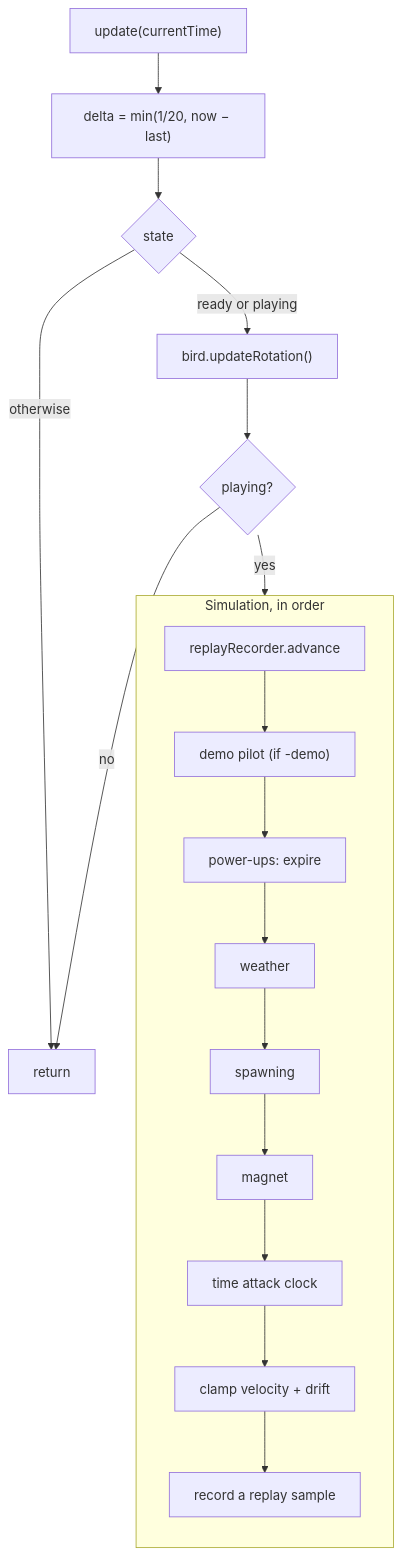
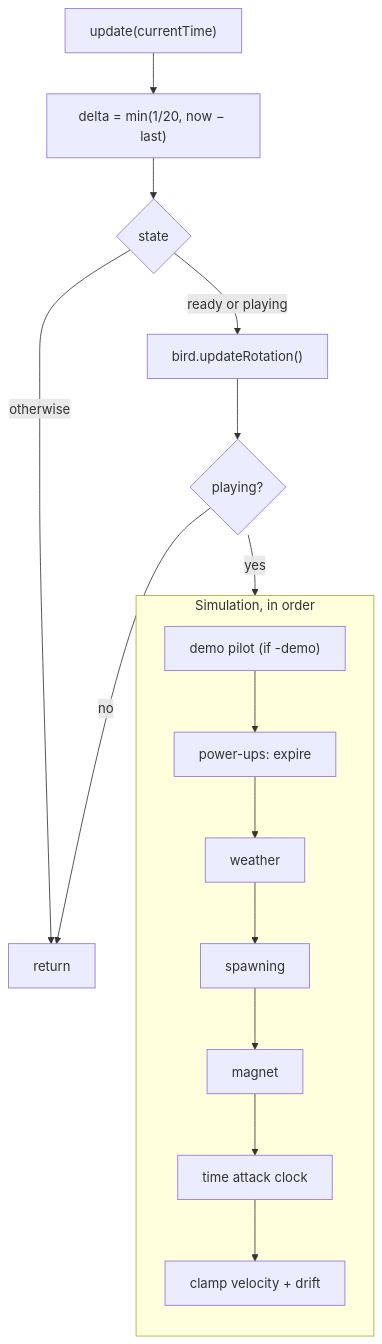
One commit to hoangsonww/Flappy-Bird-Game changed the sixth of 7 diagrams in docs/PHYSICS.md. Above: the diagram before and after it, drawn with Mermaid. The commit also changed other lines of this file and 43 other files, not shown here.

````diff
--- a/docs/PHYSICS.md
+++ b/docs/PHYSICS.md
@@ -174,24 +174,22 @@
 ```mermaid
 flowchart TB
     Update["update(currentTime)"] --> Delta["delta = min(1/20, now − last)"]
     Delta --> Gate{"state"}
     Gate -- "ready or playing" --> Rot["bird.updateRotation()"]
     Gate -- "otherwise" --> End["return"]
     Rot --> Gate2{"playing?"}
     Gate2 -- no --> End
     Gate2 -- yes --> Sim
 
     subgraph Sim["Simulation, in order"]
         direction TB
-        S1["replayRecorder.advance"]
-        S2["demo pilot (if -demo)"]
-        S3["power-ups: expire"]
-        S4["weather"]
-        S5["spawning"]
-        S6["magnet"]
-        S7["time attack clock"]
-        S8["clamp velocity + drift"]
-        S9["record a replay sample"]
-        S1 --> S2 --> S3 --> S4 --> S5 --> S6 --> S7 --> S8 --> S9
+        S1["demo pilot (if -demo)"]
+        S2["power-ups: expire"]
+        S3["weather"]
+        S4["spawning"]
+        S5["magnet"]
+        S6["time attack clock"]
+        S7["clamp velocity + drift"]
+        S1 --> S2 --> S3 --> S4 --> S5 --> S6 --> S7
     end
 ```
````
